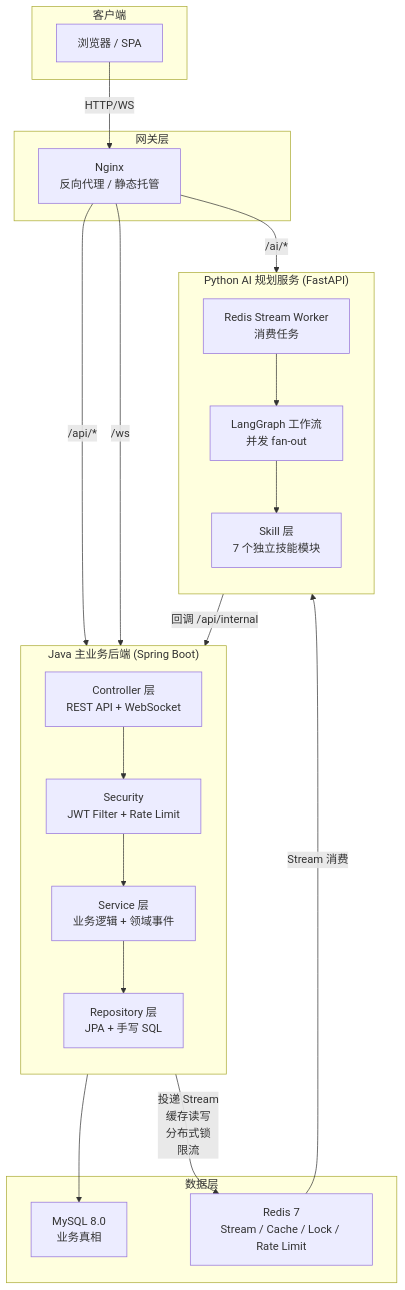
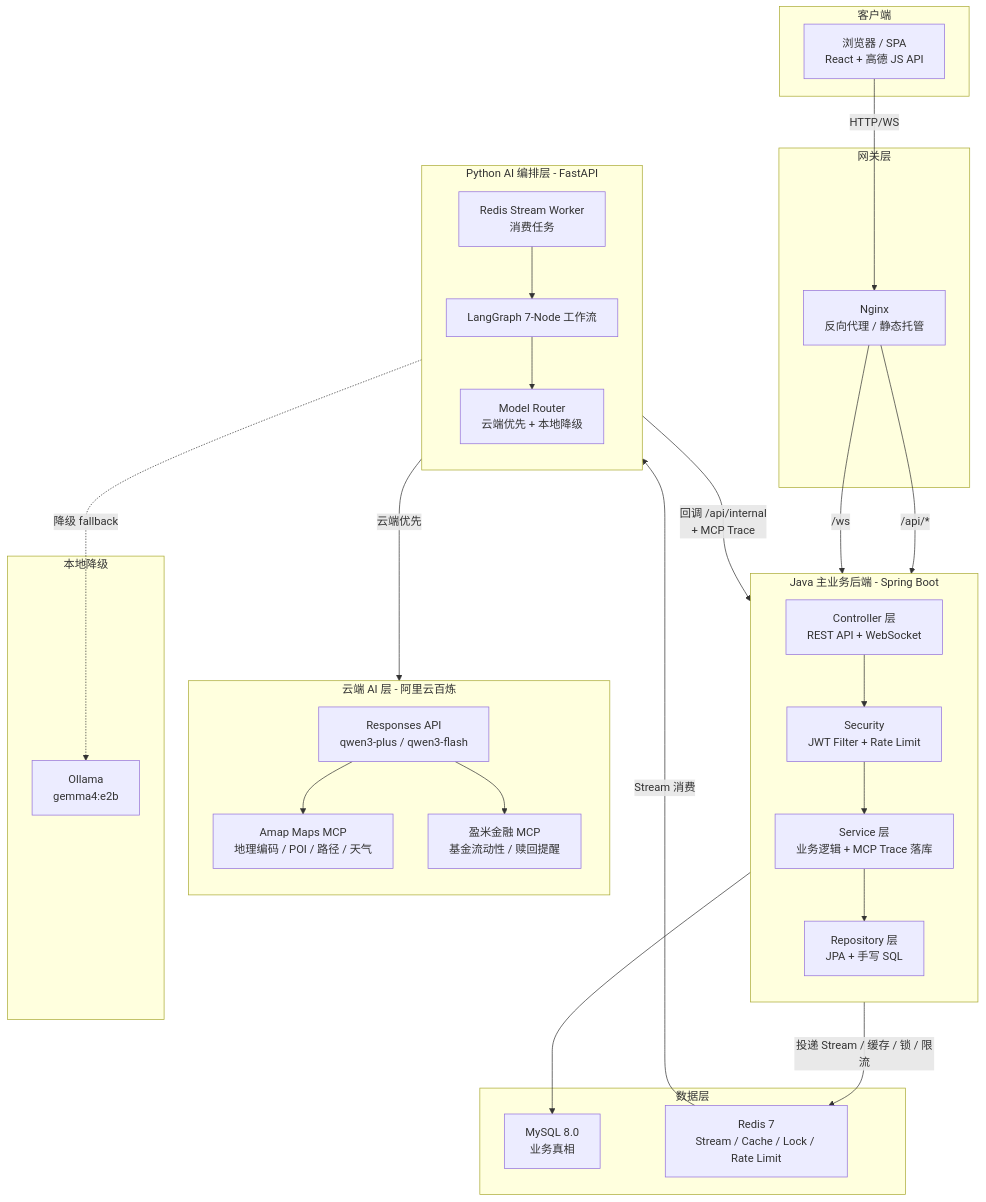
The first of 6 diagrams in ARCHITECTURE.md (Ryan-HJX/TravelMaster-Pro-2.0), drawn with Mermaid before and after one commit. The commit also changed other lines of this file and 70 other files, not shown here.

````diff
--- a/ARCHITECTURE.md
+++ b/ARCHITECTURE.md
@@ -5,44 +5,58 @@
 ```mermaid
 graph TB
     subgraph Client["客户端"]
-        Browser["浏览器 / SPA"]
+        Browser["浏览器 / SPA<br/>React + 高德 JS API"]
     end
 
     subgraph Gateway["网关层"]
         Nginx["Nginx<br/>反向代理 / 静态托管"]
     end
 
-    subgraph JavaBackend["Java 主业务后端 (Spring Boot)"]
+    subgraph JavaBackend["Java 主业务后端 - Spring Boot"]
         direction TB
         Controller["Controller 层<br/>REST API + WebSocket"]
-        Service["Service 层<br/>业务逻辑 + 领域事件"]
+        Service["Service 层<br/>业务逻辑 + MCP Trace 落库"]
         Repository["Repository 层<br/>JPA + 手写 SQL"]
         Security["Security<br/>JWT Filter + Rate Limit"]
     end
 
-    subgraph PythonAI["Python AI 规划服务 (FastAPI)"]
+    subgraph PythonAI["Python AI 编排层 - FastAPI"]
         direction TB
         StreamWorker["Redis Stream Worker<br/>消费任务"]
-        LangGraphWF["LangGraph 工作流<br/>并发 fan-out"]
-        Skills["Skill 层<br/>7 个独立技能模块"]
+        LangGraphWF["LangGraph 7-Node 工作流"]
+        ModelRouter["Model Router<br/>云端优先 + 本地降级"]
+    end
+
+    subgraph CloudAI["云端 AI 层 - 阿里云百炼"]
+        direction TB
+        BailianAPI["Responses API<br/>qwen3-plus / qwen3-flash"]
+        AmapMCP["Amap Maps MCP<br/>地理编码 / POI / 路径 / 天气"]
+        YingmiMCP["盈米金融 MCP<br/>基金流动性 / 赎回提醒"]
+    end
+
+    subgraph LocalAI["本地降级"]
+        Ollama["Ollama<br/>gemma4:e2b"]
     end
 
     subgraph DataLayer["数据层"]
         MySQL["MySQL 8.0<br/>业务真相"]
         Redis["Redis 7<br/>Stream / Cache / Lock / Rate Limit"]
     end
 
     Browser -->|HTTP/WS| Nginx
     Nginx -->|/api/*| Controller
     Nginx -->|/ws| Controller
-    Nginx -->|/ai/*| StreamWorker
     Controller --> Security
     Security --> Service
     Service --> Repository
     Repository --> MySQL
-    Service -->|"投递 Stream<br/>缓存读写<br/>分布式锁<br/>限流"| Redis
+    Service -->|"投递 Stream / 缓存 / 锁 / 限流"| Redis
     Redis -->|"Stream 消费"| StreamWorker
     StreamWorker --> LangGraphWF
-    LangGraphWF --> Skills
-    StreamWorker -->|"回调 /api/internal"| Controller
+    LangGraphWF --> ModelRouter
+    ModelRouter -->|"云端优先"| BailianAPI
+    BailianAPI --> AmapMCP
+    BailianAPI --> YingmiMCP
+    ModelRouter -.->|"降级 fallback"| Ollama
+    StreamWorker -->|"回调 /api/internal<br/>+ MCP Trace"| Controller
 ```
````
